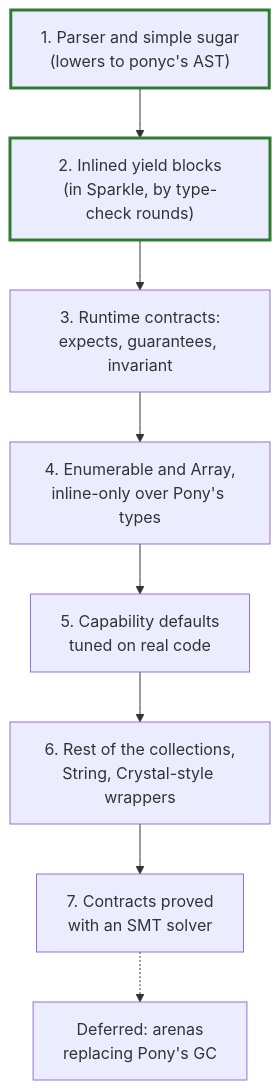
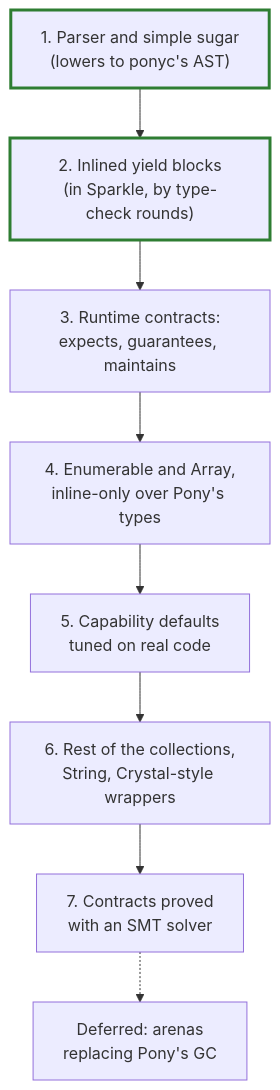
Before and after one commit to nogginly/sparkle: the fourth of 6 diagrams in DESIGN.md, drawn with Mermaid. The commit also changed 2 other files, not shown here.

Commit message:
Name the invariant clause maintains
A verb like expects and guarantees, with the type as its subject; it
covers a constructor establishing the rule and methods keeping it, and
reads the same on loops.

Claude-Session: https://claude.ai/code/session_01RnwiLotLC5aoG71oqFmK6e

````diff
--- a/DESIGN.md
+++ b/DESIGN.md
@@ -159,12 +159,12 @@
 ```mermaid
 flowchart TD
     S1["1. Parser and simple sugar<br/>(lowers to ponyc's AST)"] --> S2["2. Inlined yield blocks<br/>(in Sparkle, by type-check rounds)"]
-    S2 --> S3["3. Runtime contracts:<br/>expects, guarantees, invariant"]
+    S2 --> S3["3. Runtime contracts:<br/>expects, guarantees, maintains"]
     S3 --> S4["4. Enumerable and Array,<br/>inline-only over Pony's types"]
     S4 --> S5["5. Capability defaults<br/>tuned on real code"]
     S5 --> S6["6. Rest of the collections,<br/>String, Crystal-style wrappers"]
     S6 --> S7["7. Contracts proved<br/>with an SMT solver"]
     S7 -.-> S8["Deferred: arenas<br/>replacing Pony's GC"]
     style S1 stroke:#2e7d32,stroke-width:3px
     style S2 stroke:#2e7d32,stroke-width:3px
 ```
````
